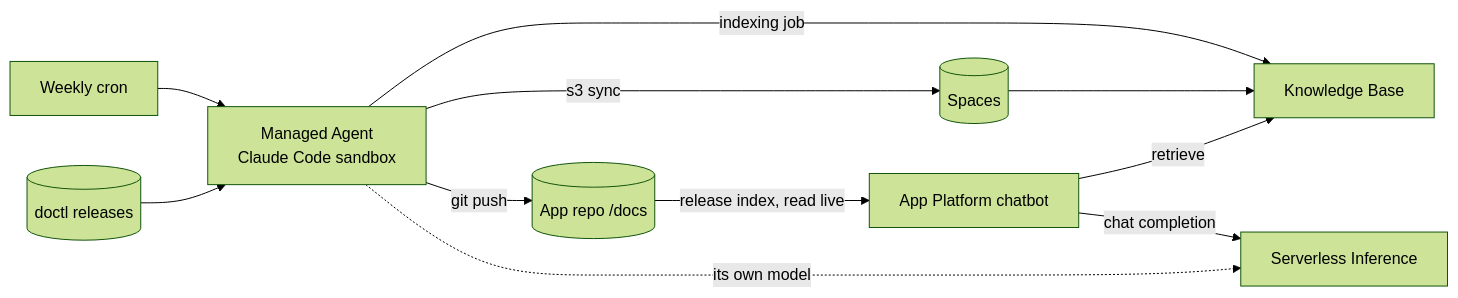
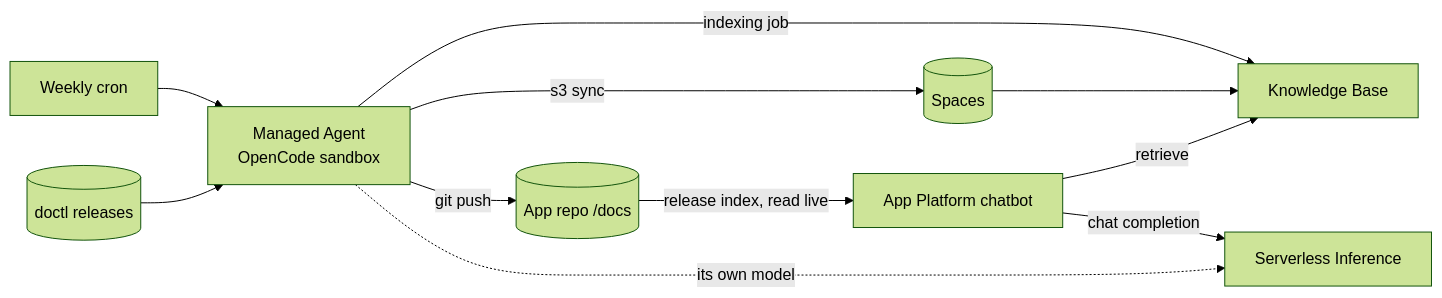
One commit to hgonzalez-do/managed-agents-kb-curator-demo changed the diagram in README.md. Above: the diagram before and after it, drawn with Mermaid (forest theme). The commit also changed other lines of this file and 2 other files, not shown here.

Commit message:
Docs: name the OpenCode harness consistently

````diff
--- a/README.md
+++ b/README.md
@@ -73,13 +73,13 @@
 ```mermaid
 flowchart LR
-  CRON[Weekly cron] --> AGENT[Managed Agent<br/>Claude Code sandbox]
+  CRON[Weekly cron] --> AGENT[Managed Agent<br/>OpenCode sandbox]
   SRC[(doctl releases)] --> AGENT
   AGENT -->|git push| REPO[(App repo /docs)]
   AGENT -->|s3 sync| SPACES[(Spaces)]
   AGENT -->|indexing job| KB[Knowledge Base]
   SPACES --> KB
   REPO -->|release index, read live| APP[App Platform chatbot]
   APP -->|retrieve| KB
   APP -->|chat completion| SI[Serverless Inference]
   AGENT -.->|its own model| SI
 ```
````
